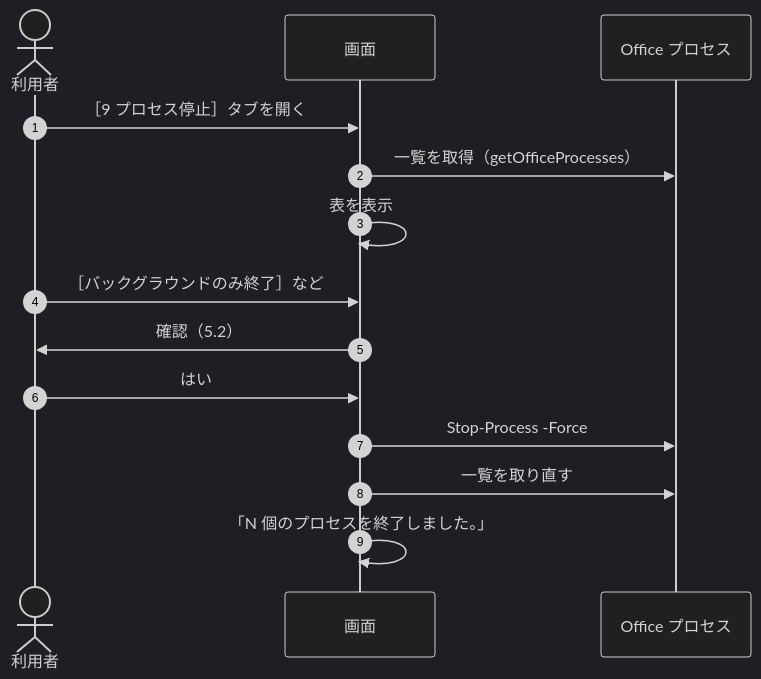
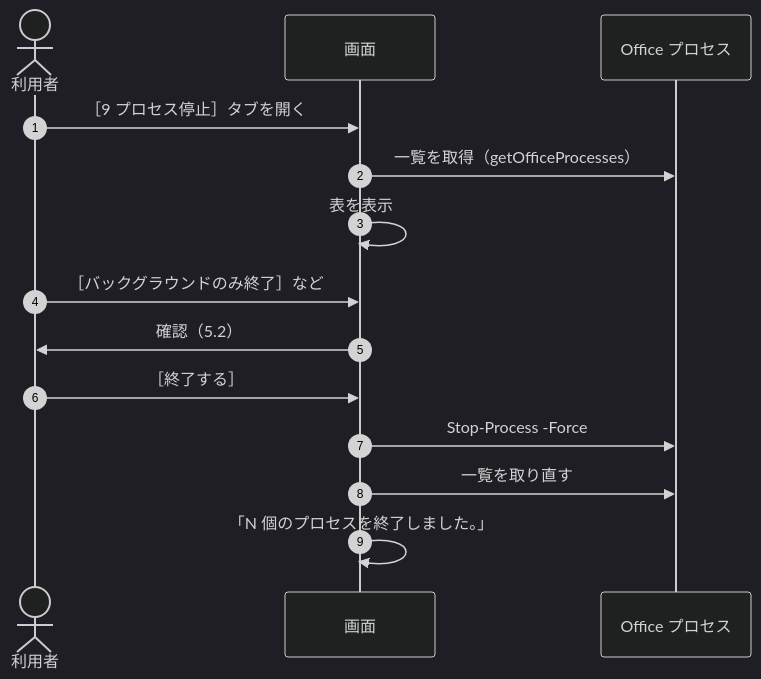
Before and after one commit to hsgwa/tebunko: the fourth of 4 diagrams in docs/03_画面_4_状態と操作の流れ.md, drawn with Mermaid (dark theme). The commit also changed other lines of this file and 36 other files, not shown here.

````diff
--- a/docs/03_画面_4_状態と操作の流れ.md
+++ b/docs/03_画面_4_状態と操作の流れ.md
@@ -122,17 +124,17 @@
 ```mermaid
 sequenceDiagram
     autonumber
     actor U as 利用者
     participant G as 画面
     participant O as Office プロセス
 
     U->>G: ［9 プロセス停止］タブを開く
     G->>O: 一覧を取得（getOfficeProcesses）
     G->>G: 表を表示
     U->>G: ［バックグラウンドのみ終了］など
     G->>U: 確認（5.2）
-    U->>G: はい
+    U->>G: ［終了する］
     G->>O: Stop-Process -Force
     G->>O: 一覧を取り直す
     G->>G: 「N 個のプロセスを終了しました。」
 ```
````
